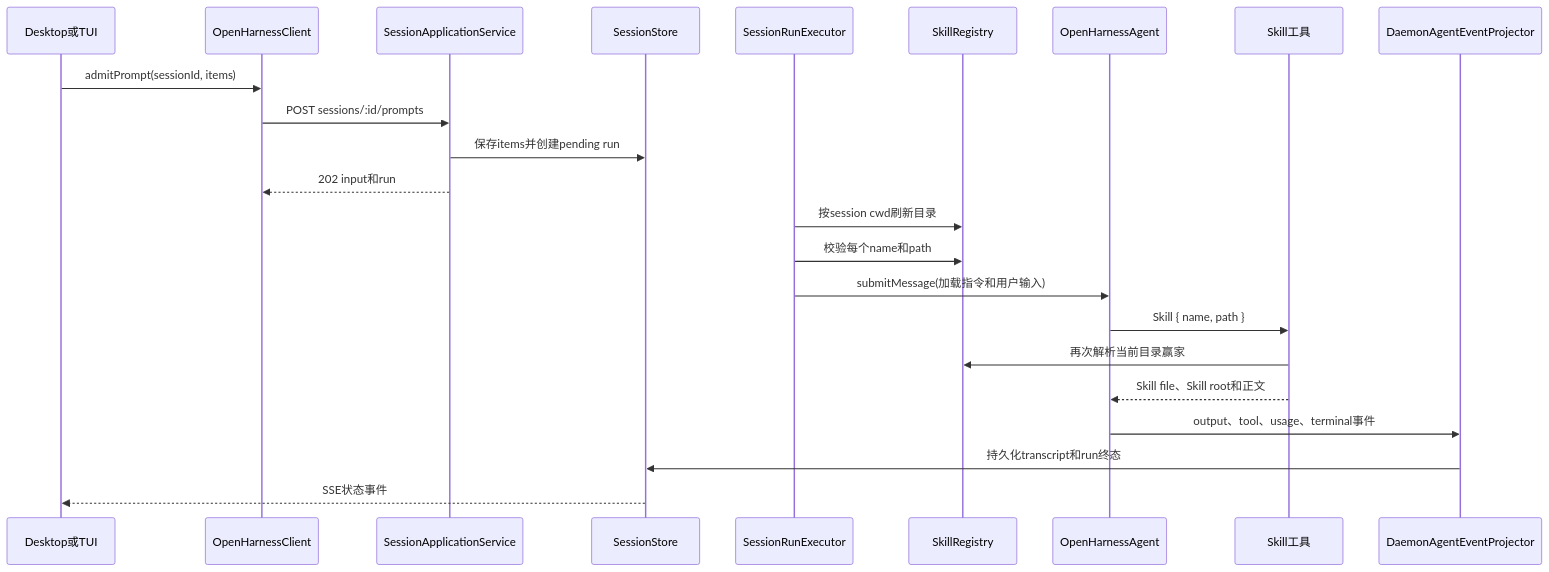
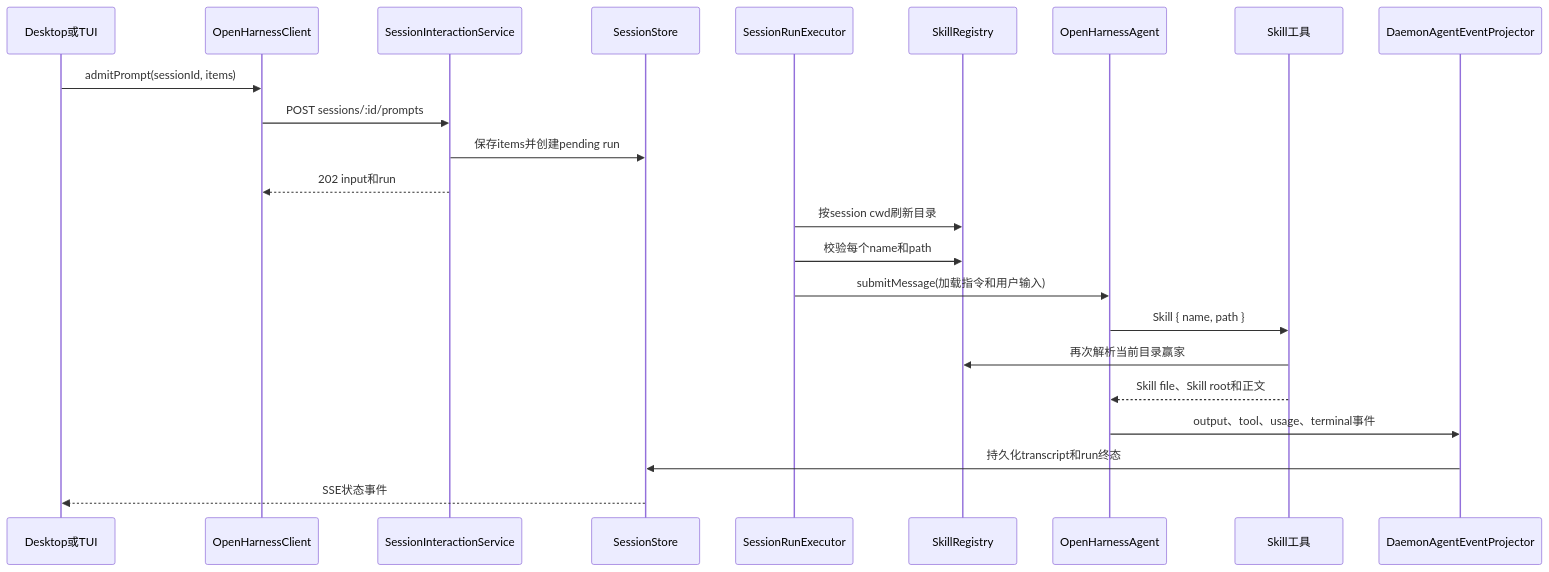
One commit to rzx007/Vykor changed the diagram in docs/skill-prompt-flow.md. Above: the diagram before and after it, drawn with Mermaid. The commit also changed other lines of this file and 28 other files, not shown here.

````diff
--- a/docs/skill-prompt-flow.md
+++ b/docs/skill-prompt-flow.md
@@ -22,26 +22,26 @@
 ```mermaid
 sequenceDiagram
   participant UI as Desktop或TUI
   participant Client as OpenHarnessClient
-  participant App as SessionApplicationService
+  participant App as SessionInteractionService
   participant Store as SessionStore
   participant Exec as SessionRunExecutor
   participant Catalog as SkillRegistry
   participant Agent as OpenHarnessAgent
   participant Tool as Skill工具
   participant Projection as DaemonAgentEventProjector
 
   UI->>Client: admitPrompt(sessionId, items)
   Client->>App: POST sessions/:id/prompts
   App->>Store: 保存items并创建pending run
   App-->>Client: 202 input和run
   Exec->>Catalog: 按session cwd刷新目录
   Exec->>Catalog: 校验每个name和path
   Exec->>Agent: submitMessage(加载指令和用户输入)
   Agent->>Tool: Skill { name, path }
   Tool->>Catalog: 再次解析当前目录赢家
   Tool-->>Agent: Skill file、Skill root和正文
   Agent->>Projection: output、tool、usage、terminal事件
   Projection->>Store: 持久化transcript和run终态
   Store-->>UI: SSE状态事件
 ```
````
